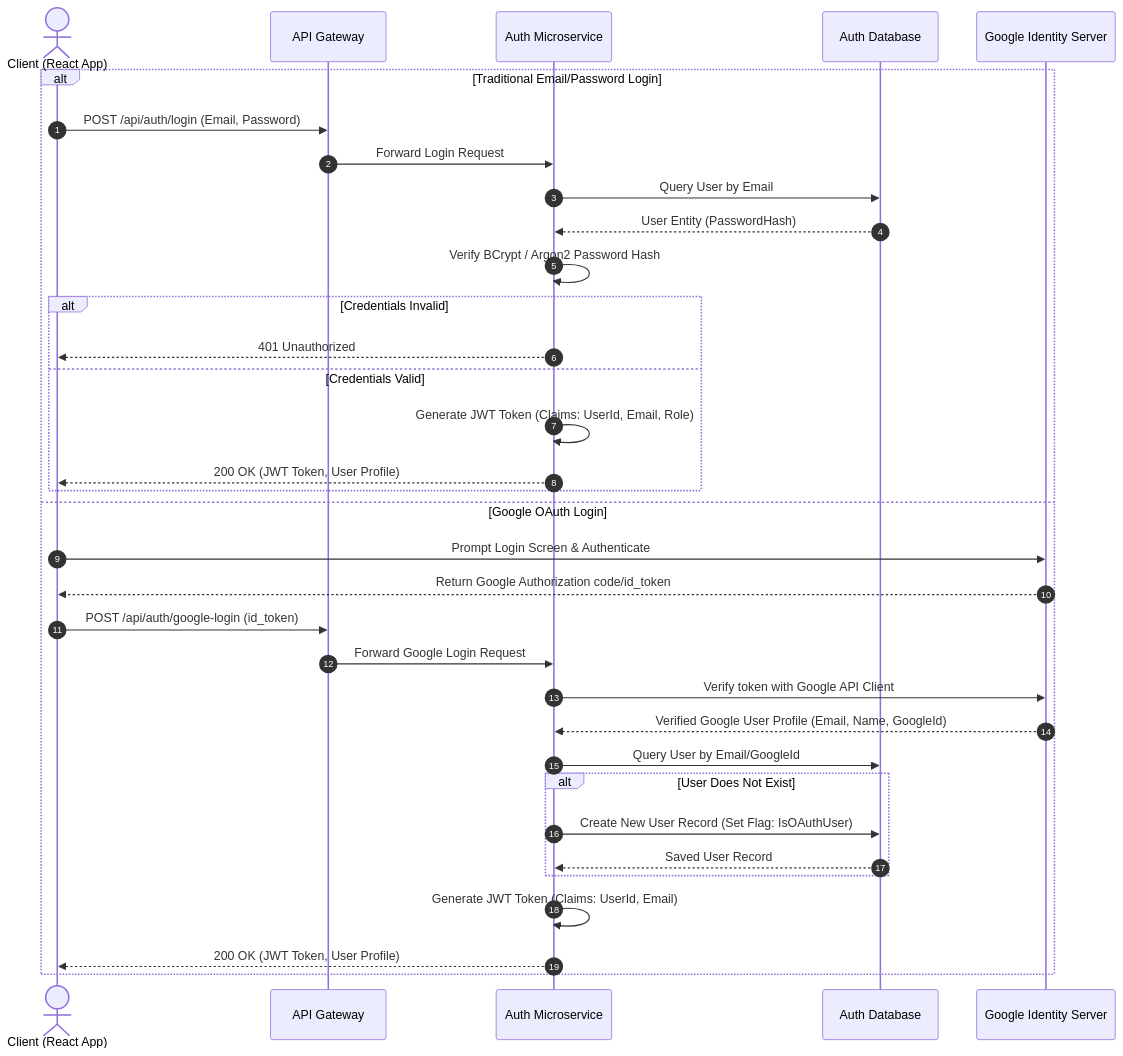
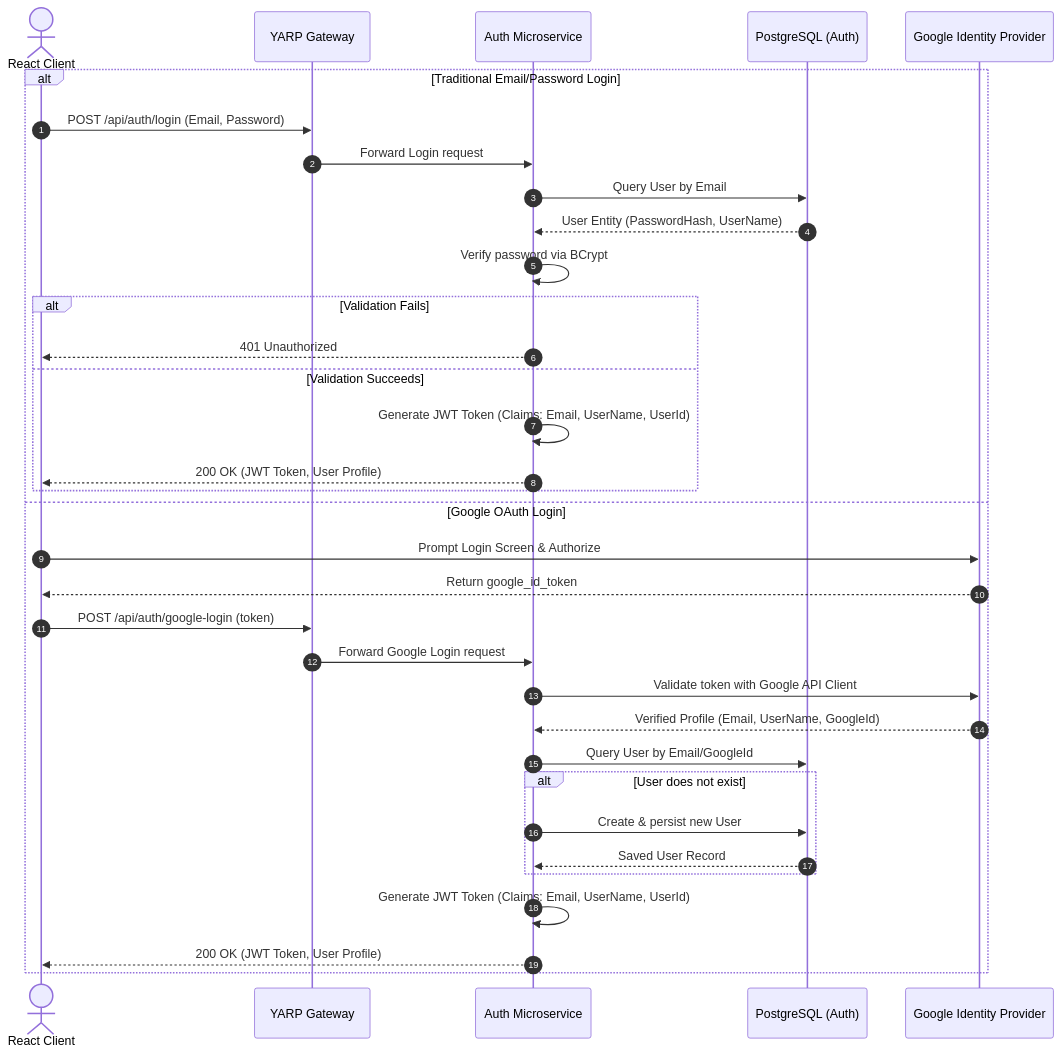
The first of 6 diagrams in README.md (Abhishekmaheshwari123/Real_Time_Chat_Application), drawn with Mermaid before and after one commit. The commit also changed other lines of this file, not shown here.

````diff
--- a/README.md
+++ b/README.md
@@ -40,37 +80,37 @@
 ```mermaid
 sequenceDiagram
     autonumber
-    actor User as Client (React App)
-    participant Gateway as API Gateway
+    actor Client as React Client
+    participant Gateway as YARP Gateway
     participant Auth as Auth Microservice
-    participant AuthDB as Auth Database
-    participant Google as Google Identity Server
+    participant AuthDB as PostgreSQL (Auth)
+    participant Google as Google Identity Provider
 
     alt Traditional Email/Password Login
-        User->>Gateway: POST /api/auth/login (Email, Password)
-        Gateway->>Auth: Forward Login Request
+        Client->>Gateway: POST /api/auth/login (Email, Password)
+        Gateway->>Auth: Forward Login request
         Auth->>AuthDB: Query User by Email
-        AuthDB-->>Auth: User Entity (PasswordHash)
-        Auth->>Auth: Verify BCrypt / Argon2 Password Hash
-        alt Credentials Invalid
-            Auth-->>User: 401 Unauthorized
-        else Credentials Valid
-            Auth->>Auth: Generate JWT Token (Claims: UserId, Email, Role)
-            Auth-->>User: 200 OK (JWT Token, User Profile)
+        AuthDB-->>Auth: User Entity (PasswordHash, UserName)
+        Auth->>Auth: Verify password via BCrypt
+        alt Validation Fails
+            Auth-->>Client: 401 Unauthorized
+        else Validation Succeeds
+            Auth->>Auth: Generate JWT Token (Claims: Email, UserName, UserId)
+            Auth-->>Client: 200 OK (JWT Token, User Profile)
         end
     else Google OAuth Login
-        User->>Google: Prompt Login Screen & Authenticate
-        Google-->>User: Return Google Authorization code/id_token
-        User->>Gateway: POST /api/auth/google-login (id_token)
-        Gateway->>Auth: Forward Google Login Request
-        Auth->>Google: Verify token with Google API Client
-        Google-->>Auth: Verified Google User Profile (Email, Name, GoogleId)
+        Client->>Google: Prompt Login Screen & Authorize
+        Google-->>Client: Return google_id_token
+        Client->>Gateway: POST /api/auth/google-login (token)
+        Gateway->>Auth: Forward Google Login request
+        Auth->>Google: Validate token with Google API Client
+        Google-->>Auth: Verified Profile (Email, UserName, GoogleId)
         Auth->>AuthDB: Query User by Email/GoogleId
-        alt User Does Not Exist
-            Auth->>AuthDB: Create New User Record (Set Flag: IsOAuthUser)
+        alt User does not exist
+            Auth->>AuthDB: Create & persist new User
             AuthDB-->>Auth: Saved User Record
         end
-        Auth->>Auth: Generate JWT Token (Claims: UserId, Email)
-        Auth-->>User: 200 OK (JWT Token, User Profile)
+        Auth->>Auth: Generate JWT Token (Claims: Email, UserName, UserId)
+        Auth-->>Client: 200 OK (JWT Token, User Profile)
     end
 ```
````
